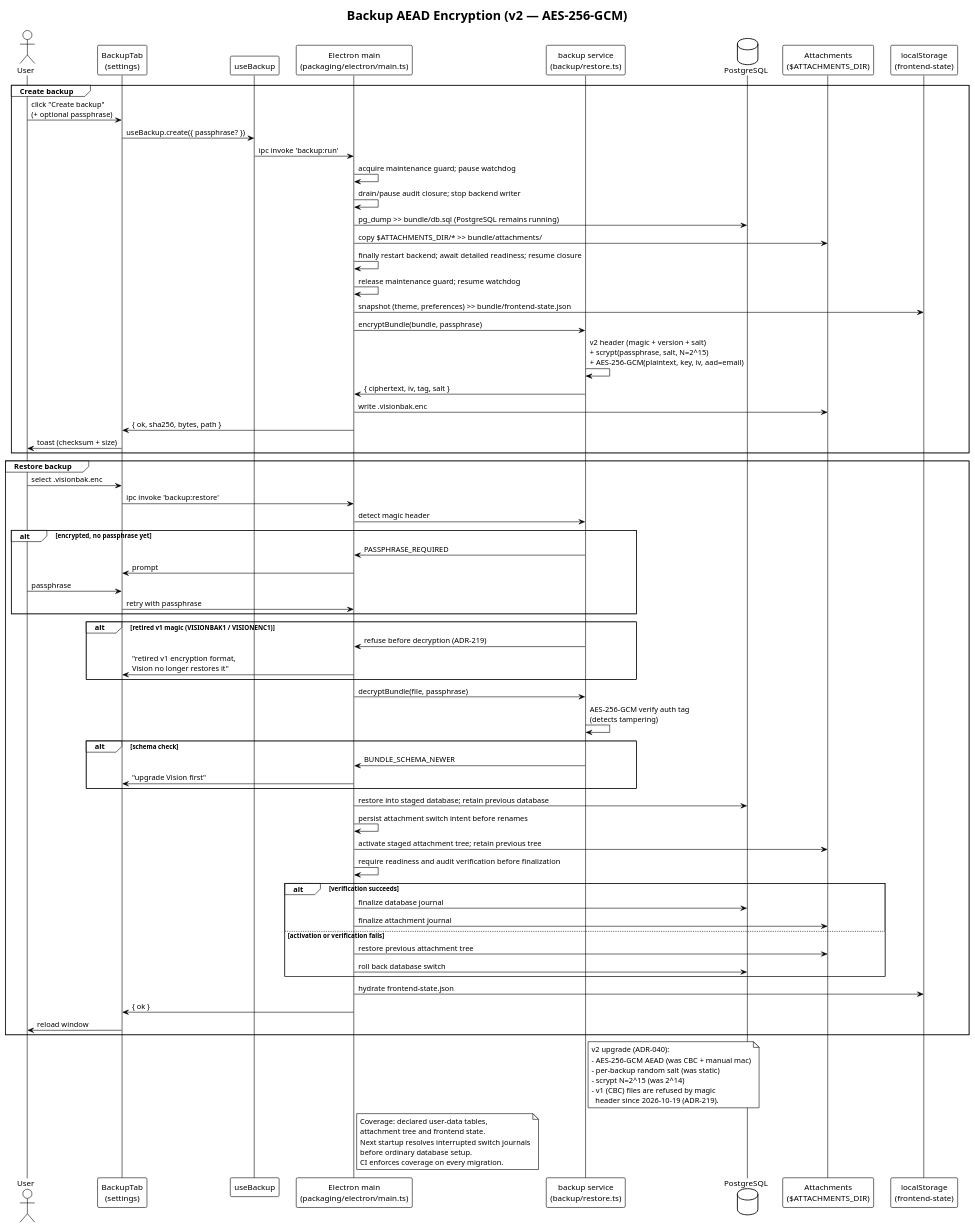
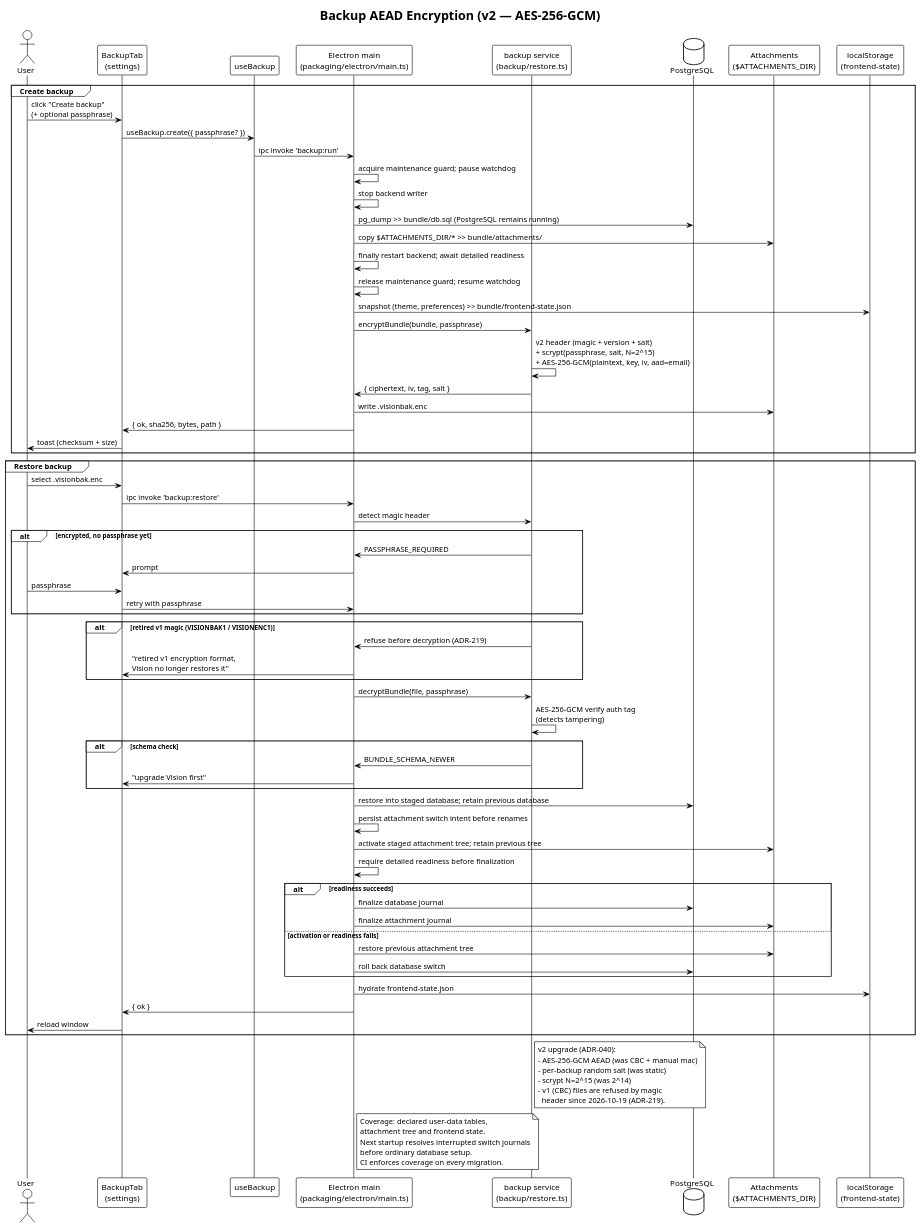
One commit to EraPartner/Vision changed the diagram in docs/diagrams/backup-aead-encryption.puml. Above: the diagram before and after it, drawn with PlantUML. The commit also changed 145 other files, not shown here.

```diff
--- a/docs/diagrams/backup-aead-encryption.puml
+++ b/docs/diagrams/backup-aead-encryption.puml
@@ -1,90 +1,90 @@
 @startuml Backup AEAD Encryption (v2)
 title Backup AEAD Encryption (v2 — AES-256-GCM)
 
 !theme plain
 skinparam participantSpacing 10
 skinparam ranksep 50
 
 actor "User" as User
 
 participant "BackupTab\n(settings)" as UI
 participant "useBackup" as Hook
 participant "Electron main\n(packaging/electron/main.ts)" as Main
 participant "backup service\n(backup/restore.ts)" as Backup
 database  "PostgreSQL" as DB
 participant "Attachments\n($ATTACHMENTS_DIR)" as Files
 participant "localStorage\n(frontend-state)" as LS
 
 group Create backup
   User -> UI : click "Create backup"\n(+ optional passphrase)
   UI -> Hook : useBackup.create({ passphrase? })
   Hook -> Main : ipc invoke 'backup:run'
   Main -> Main : acquire maintenance guard; pause watchdog
-  Main -> Main : drain/pause audit closure; stop backend writer
+  Main -> Main : stop backend writer
   Main -> DB   : pg_dump >> bundle/db.sql (PostgreSQL remains running)
   Main -> Files: copy $ATTACHMENTS_DIR/* >> bundle/attachments/
-  Main -> Main : finally restart backend; await detailed readiness; resume closure
+  Main -> Main : finally restart backend; await detailed readiness
   Main -> Main : release maintenance guard; resume watchdog
   Main -> LS   : snapshot (theme, preferences) >> bundle/frontend-state.json
   Main -> Backup: encryptBundle(bundle, passphrase)
   Backup -> Backup : v2 header (magic + version + salt)\n+ scrypt(passphrase, salt, N=2^15)\n+ AES-256-GCM(plaintext, key, iv, aad=email)
   Backup -> Main : { ciphertext, iv, tag, salt }
   Main -> Files : write .visionbak.enc
   Main -> UI    : { ok, sha256, bytes, path }
   UI -> User    : toast (checksum + size)
 end
 
 group Restore backup
   User -> UI    : select .visionbak.enc
   UI -> Main    : ipc invoke 'backup:restore'
   Main -> Backup: detect magic header
   alt encrypted, no passphrase yet
     Backup -> Main : PASSPHRASE_REQUIRED
     Main -> UI     : prompt
     User -> UI     : passphrase
     UI -> Main     : retry with passphrase
   end
   alt retired v1 magic (VISIONBAK1 / VISIONENC1)
     Backup -> Main : refuse before decryption (ADR-219)
     Main -> UI     : "retired v1 encryption format,\nVision no longer restores it"
   end
   Main -> Backup : decryptBundle(file, passphrase)
   Backup -> Backup : AES-256-GCM verify auth tag\n(detects tampering)
   alt schema check
     Backup -> Main : BUNDLE_SCHEMA_NEWER
     Main -> UI     : "upgrade Vision first"
   end
   Main -> DB    : restore into staged database; retain previous database
   Main -> Main  : persist attachment switch intent before renames
   Main -> Files : activate staged attachment tree; retain previous tree
-  Main -> Main  : require readiness and audit verification before finalization
-  alt verification succeeds
+  Main -> Main  : require detailed readiness before finalization
+  alt readiness succeeds
     Main -> DB : finalize database journal
     Main -> Files : finalize attachment journal
-  else activation or verification fails
+  else activation or readiness fails
     Main -> Files : restore previous attachment tree
     Main -> DB : roll back database switch
   end
   Main -> LS    : hydrate frontend-state.json
   Main -> UI    : { ok }
   UI -> User    : reload window
 end
 
 note right of Backup
   v2 upgrade (ADR-040):
   - AES-256-GCM AEAD (was CBC + manual mac)
   - per-backup random salt (was static)
   - scrypt N=2^15 (was 2^14)
   - v1 (CBC) files are refused by magic
     header since 2026-10-19 (ADR-219).
 end note
 
 note right of Main
   Coverage: declared user-data tables,
   attachment tree and frontend state.
   Next startup resolves interrupted switch journals
   before ordinary database setup.
   CI enforces coverage on every migration.
 end note
 
 @enduml
```
